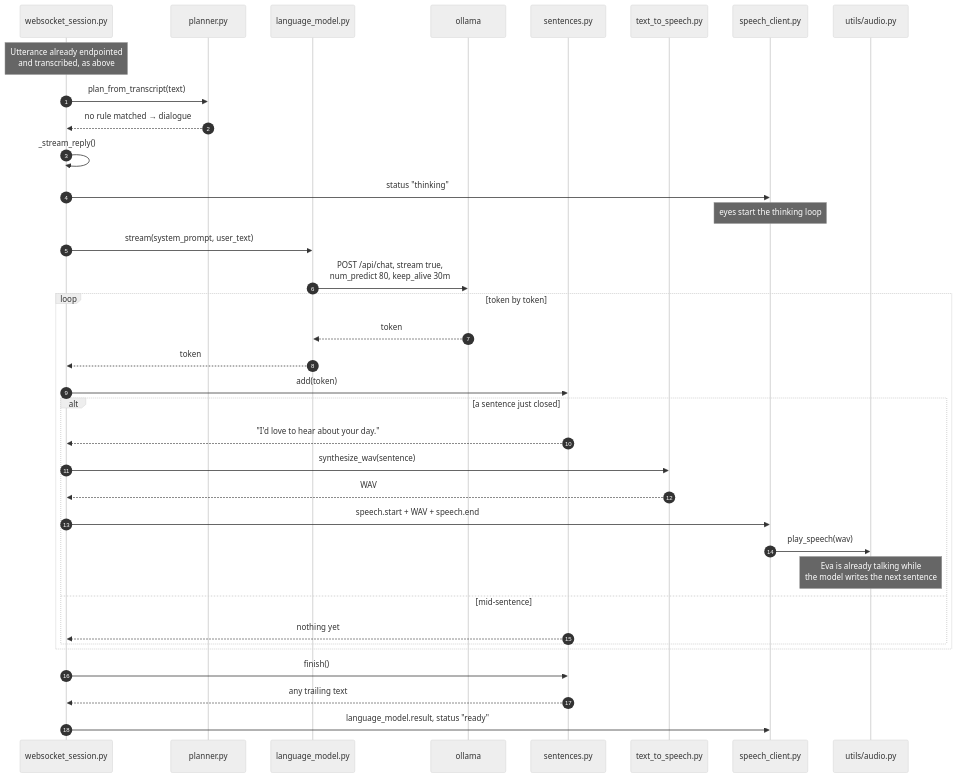
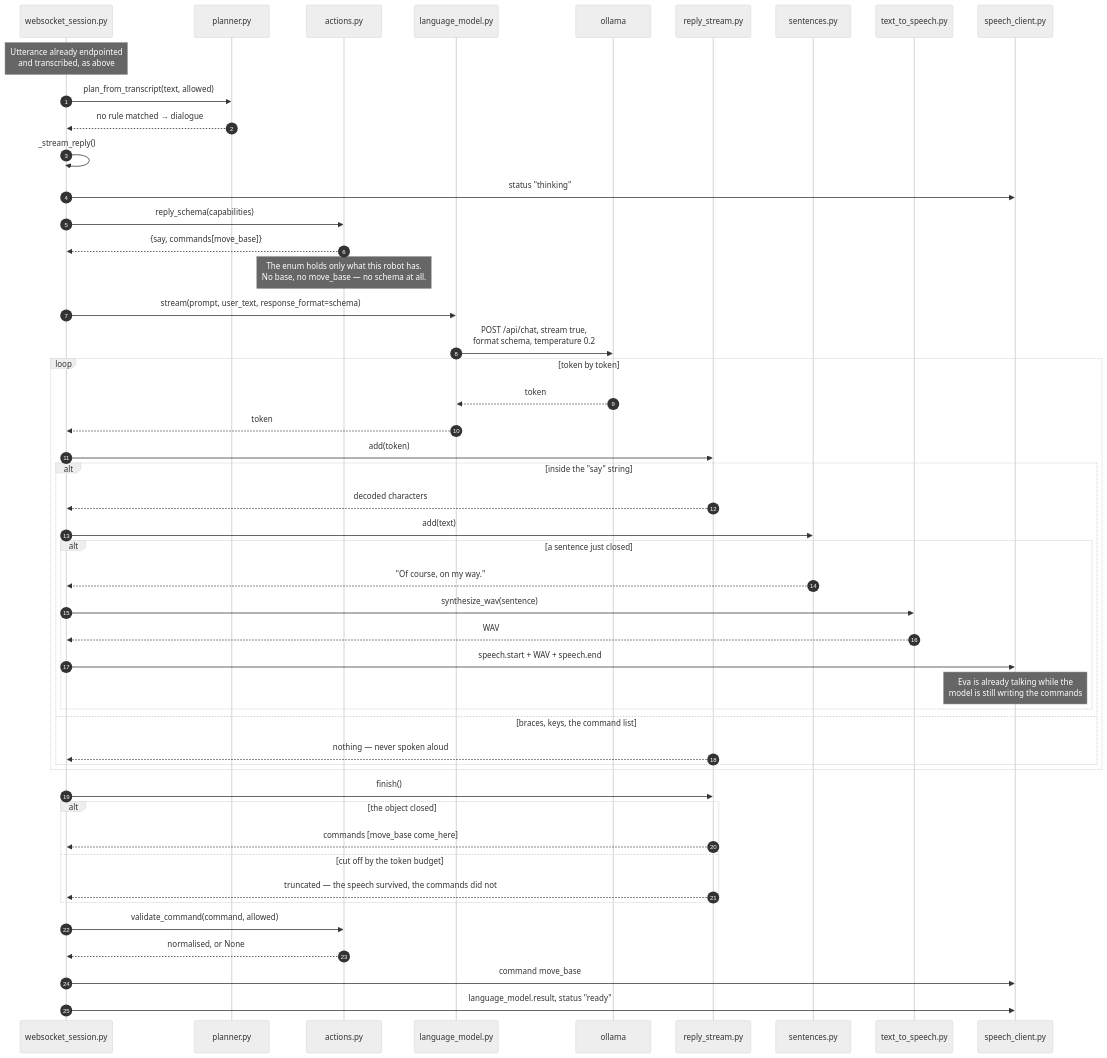
One commit to Vlad-Andres/companion-robot-eva changed the sixth of 9 diagrams in docs/flows.md. Above: the diagram before and after it, drawn with Mermaid (neutral theme). The commit also changed other lines of this file and 4 other files, not shown here.

````diff
--- a/docs/flows.md
+++ b/docs/flows.md
@@ -287,43 +338,58 @@
 ```mermaid
 sequenceDiagram
     autonumber
     participant WS as websocket_session.py
     participant PL as planner.py
+    participant ACT as actions.py
     participant LLM as language_model.py
     participant OL as ollama
+    participant RS as reply_stream.py
     participant SA as sentences.py
     participant TTS as text_to_speech.py
     participant SC as speech_client.py
-    participant AO as utils/audio.py
 
     Note over WS: Utterance already endpointed<br/>and transcribed, as above
 
-    WS->>PL: plan_from_transcript(text)
+    WS->>PL: plan_from_transcript(text, allowed)
     PL-->>WS: no rule matched → dialogue
     WS->>WS: _stream_reply()
     WS->>SC: status "thinking"
-    Note over SC: eyes start the thinking loop
 
-    WS->>LLM: stream(system_prompt, user_text)
-    LLM->>OL: POST /api/chat, stream true,<br/>num_predict 80, keep_alive 30m
+    WS->>ACT: reply_schema(capabilities)
+    ACT-->>WS: {say, commands[move_base]}
+    Note over ACT: The enum holds only what this robot has.<br/>No base, no move_base — no schema at all.
+
+    WS->>LLM: stream(prompt, user_text, response_format=schema)
+    LLM->>OL: POST /api/chat, stream true,<br/>format schema, temperature 0.2
 
     loop token by token
         OL-->>LLM: token
         LLM-->>WS: token
-        WS->>SA: add(token)
-        alt a sentence just closed
-            SA-->>WS: "I'd love to hear about your day."
-            WS->>TTS: synthesize_wav(sentence)
-            TTS-->>WS: WAV
-            WS->>SC: speech.start + WAV + speech.end
-            SC->>AO: play_speech(wav)
-            Note over AO: Eva is already talking while<br/>the model writes the next sentence
-        else mid-sentence
-            SA-->>WS: nothing yet
+        WS->>RS: add(token)
+        alt inside the "say" string
+            RS-->>WS: decoded characters
+            WS->>SA: add(text)
+            alt a sentence just closed
+                SA-->>WS: "Of course, on my way."
+                WS->>TTS: synthesize_wav(sentence)
+                TTS-->>WS: WAV
+                WS->>SC: speech.start + WAV + speech.end
+                Note over SC: Eva is already talking while the<br/>model is still writing the commands
+            end
+        else braces, keys, the command list
+            RS-->>WS: nothing — never spoken aloud
         end
     end
 
-    WS->>SA: finish()
-    SA-->>WS: any trailing text
+    WS->>RS: finish()
+    alt the object closed
+        RS-->>WS: commands [move_base come_here]
+    else cut off by the token budget
+        RS-->>WS: truncated — the speech survived, the commands did not
+    end
+
+    WS->>ACT: validate_command(command, allowed)
+    ACT-->>WS: normalised, or None
+    WS->>SC: command move_base
     WS->>SC: language_model.result, status "ready"
 ```
````
